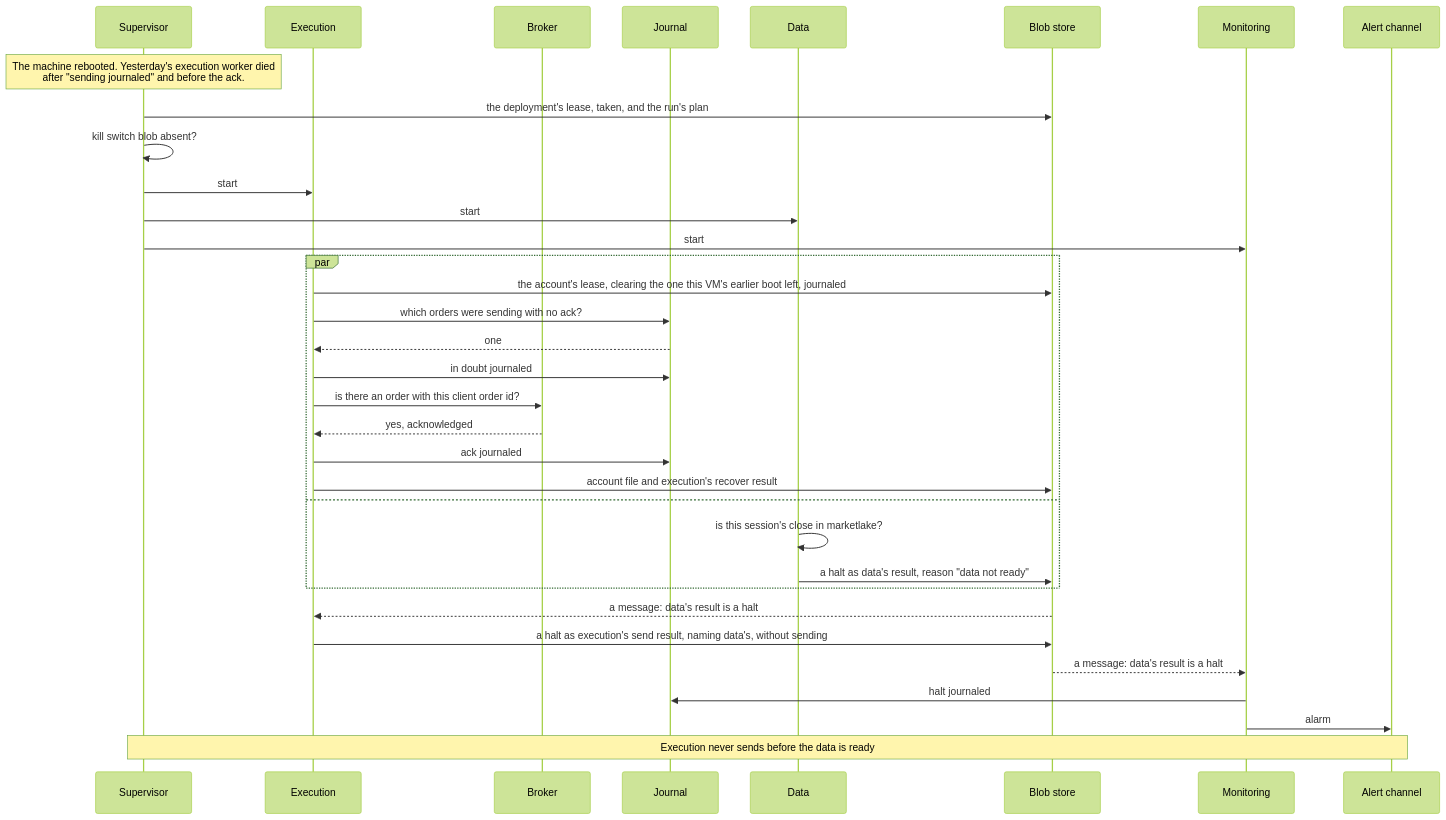
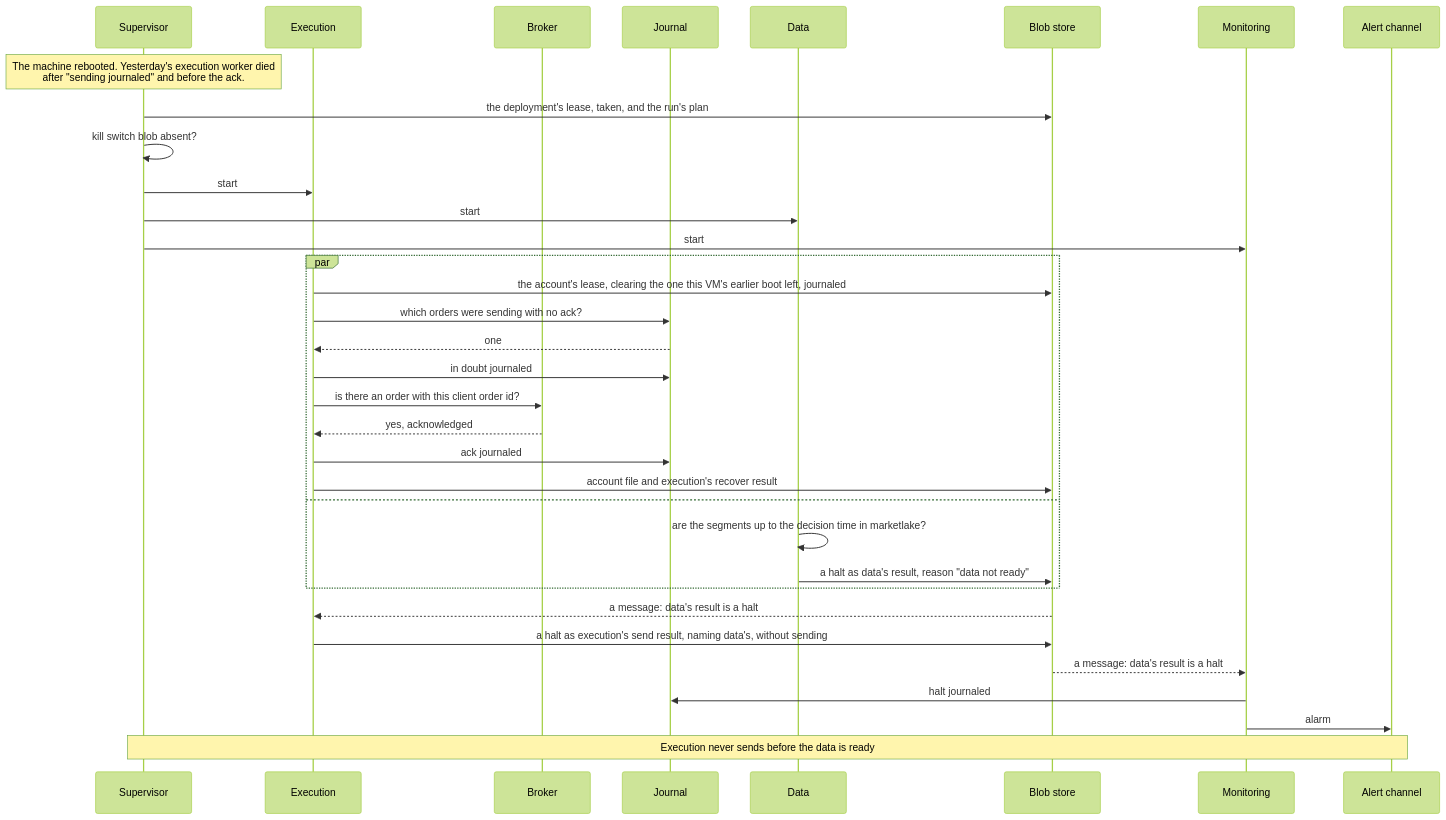
One commit to l3a0/ithildin-runtime changed the sixth of 16 diagrams in docs/architecture.md. Above: the diagram before and after it, drawn with Mermaid (forest theme). The commit also changed other lines of this file and 1 other file, not shown here.

First line of the commit message:
docs(design): fix the review of trading the close

````diff
--- a/docs/architecture.md
+++ b/docs/architecture.md
@@ -691,37 +706,37 @@
 ```mermaid
 sequenceDiagram
     participant V as Supervisor
     participant X as Execution
     participant B as Broker
     participant J as Journal
     participant D as Data
     participant F as Blob store
     participant M as Monitoring
     participant L as Alert channel
 
     Note over V: The machine rebooted. Yesterday's execution worker died<br/>after "sending journaled" and before the ack.
     V->>F: the deployment's lease, taken, and the run's plan
     V->>V: kill switch blob absent?
     V->>X: start
     V->>D: start
     V->>M: start
     par
         X->>F: the account's lease, clearing the one this VM's earlier boot left, journaled
         X->>J: which orders were sending with no ack?
         J-->>X: one
         X->>J: in doubt journaled
         X->>B: is there an order with this client order id?
         B-->>X: yes, acknowledged
         X->>J: ack journaled
         X->>F: account file and execution's recover result
     and
-        D->>D: is this session's close in marketlake?
+        D->>D: are the segments up to the decision time in marketlake?
         D->>F: a halt as data's result, reason "data not ready"
     end
     F-->>X: a message: data's result is a halt
     X->>F: a halt as execution's send result, naming data's, without sending
     F-->>M: a message: data's result is a halt
     M->>J: halt journaled
     M->>L: alarm
     Note over V,L: Execution never sends before the data is ready
 ```
````
